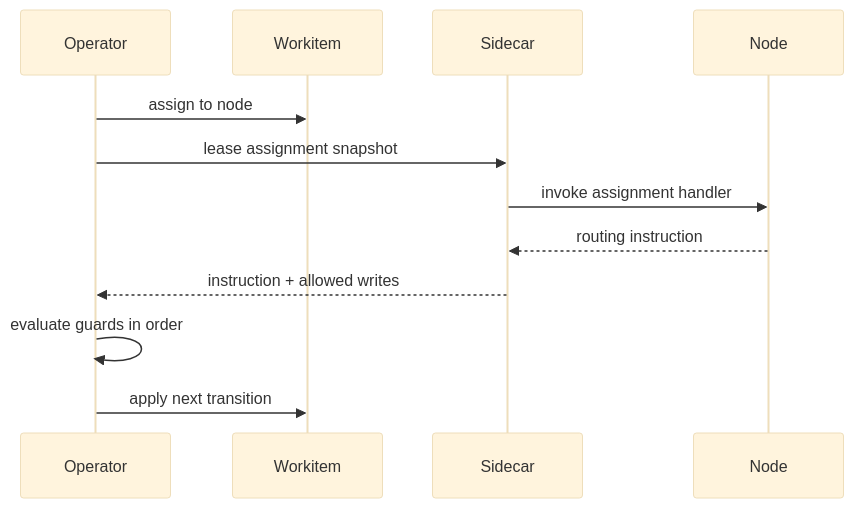
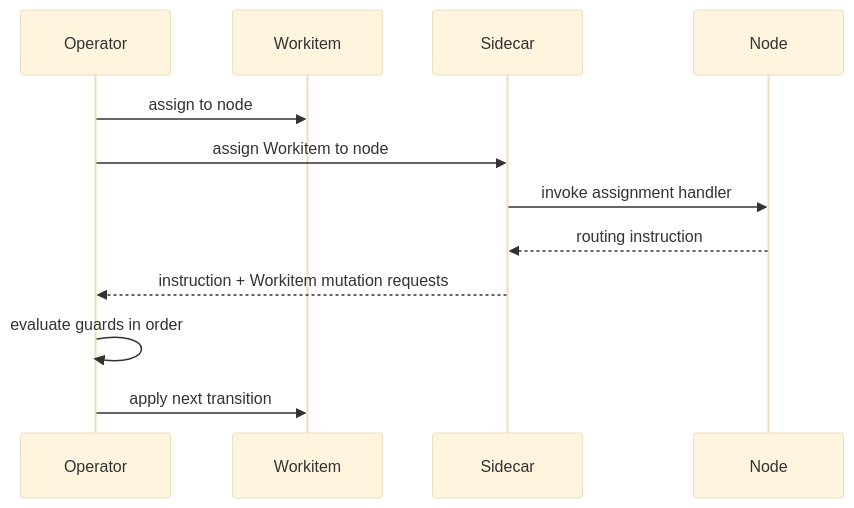
One commit to really-knows-ai/gideas changed the second of 3 diagrams in 02-flow/01-operator.md. Above: the diagram before and after it, drawn with Mermaid (base theme). The commit also changed other lines of this file and 12 other files, not shown here.

Commit message:
docs: update documentation for Flow and Node runtime semantics, enhancing clarity on Sidecar mediation, service authorisation, and runtime boundaries

````diff
--- a/02-flow/01-operator.md
+++ b/02-flow/01-operator.md
@@ -102,15 +102,15 @@
 ```mermaid
 sequenceDiagram
     participant OP as Operator
     participant WI as Workitem
     participant SC as Sidecar
     participant ND as Node
 
     OP->>WI: assign to node
-    OP->>SC: lease assignment snapshot
+    OP->>SC: assign Workitem to node
     SC->>ND: invoke assignment handler
     ND-->>SC: routing instruction
-    SC-->>OP: instruction + allowed writes
+    SC-->>OP: instruction + Workitem mutation requests
     OP->>OP: evaluate guards in order
     OP->>WI: apply next transition
 ```
````
